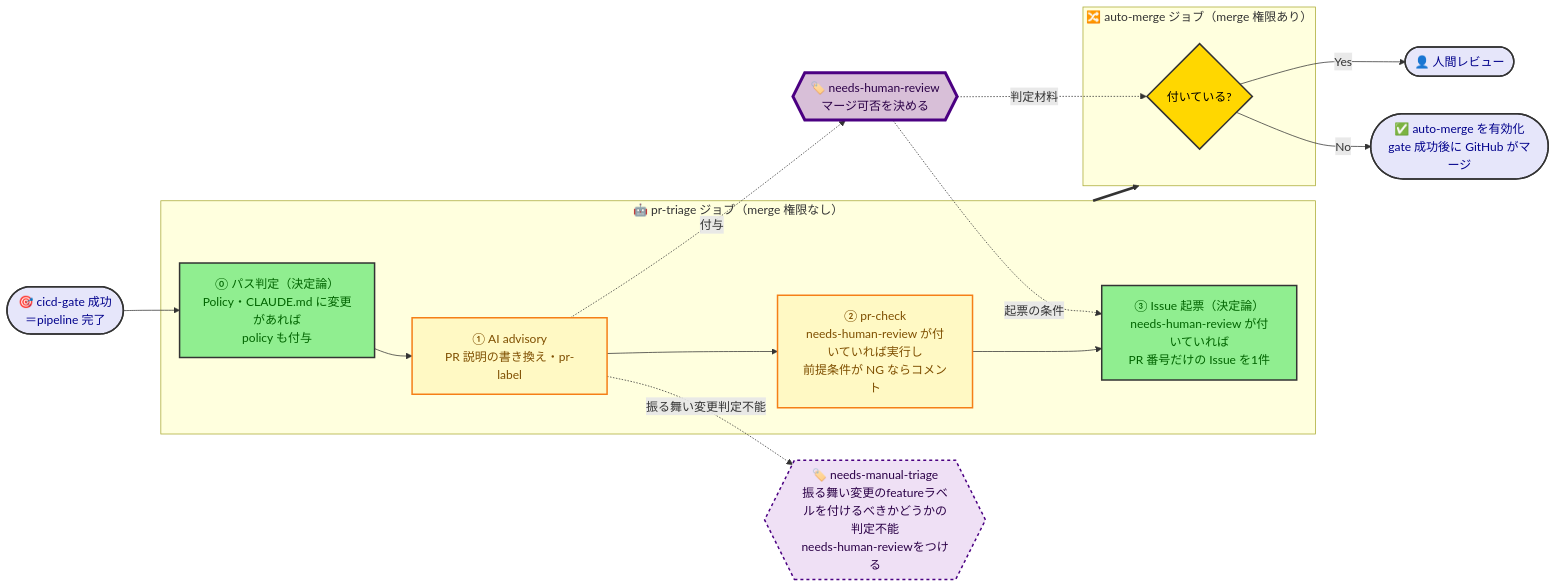
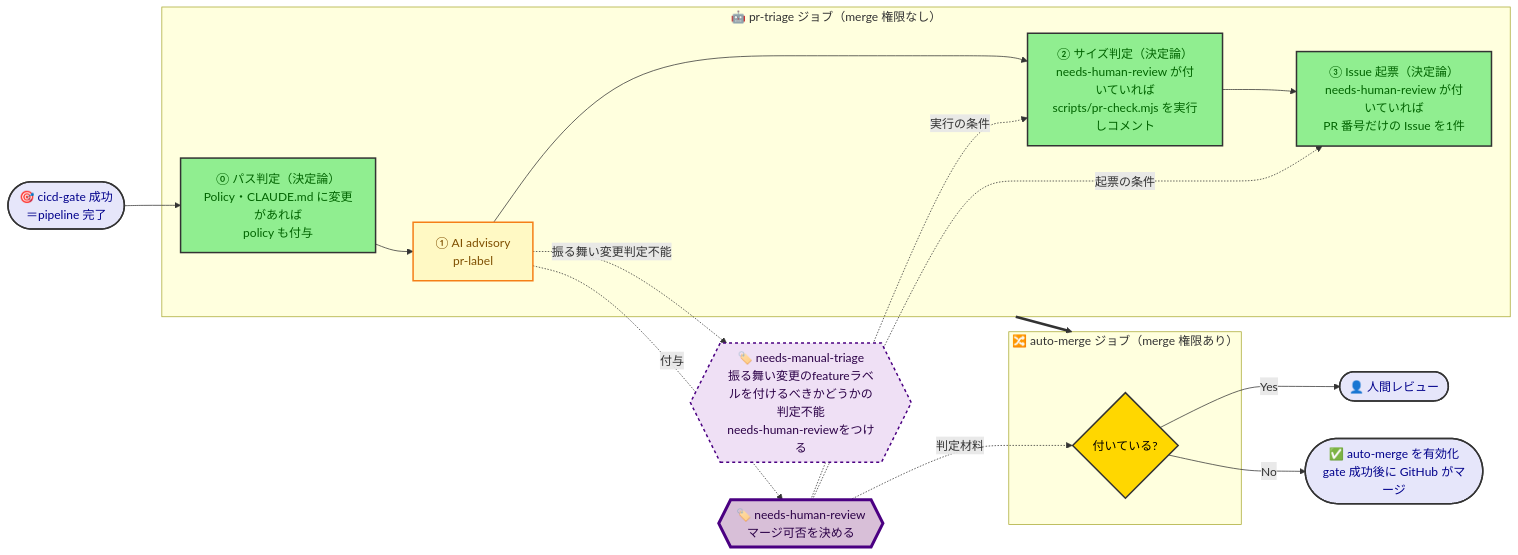
Before and after one commit to kasiopeiya/claude-dev-template: the second of 4 diagrams in samples/docs/design/cicd-design.md, drawn with Mermaid. The commit also changed other lines of this file, not shown here.

Commit message:
docs: cicd-design の pr-ai-triage 図をスクリプトでのサイズ判定に合わせる (#631)

````diff
--- a/samples/docs/design/cicd-design.md
+++ b/samples/docs/design/cicd-design.md
@@ -90,45 +87,46 @@
 ```mermaid
 flowchart LR
     Start([🎯 cicd-gate 成功<br/>＝pipeline 完了])
 
     subgraph Triage["🤖 pr-triage ジョブ（merge 権限なし）"]
         Det["⓪ パス判定（決定論）<br/>Policy・CLAUDE.md に変更があれば<br/>policy も付与"]
-        Ai["① AI advisory<br/>PR 説明の書き換え・pr-label"]
-        Chk["② pr-check<br/>needs-human-review が付いていれば実行し<br/>前提条件が NG ならコメント"]
+        Ai["① AI advisory<br/>pr-label"]
+        Chk["② サイズ判定（決定論）<br/>needs-human-review が付いていれば<br/>scripts/pr-check.mjs を実行しコメント"]
         Iss["③ Issue 起票（決定論）<br/>needs-human-review が付いていれば<br/>PR 番号だけの Issue を1件"]
         Det --> Ai --> Chk --> Iss
     end
 
     Label{{"🏷️ needs-human-review<br/>マージ可否を決める"}}
     Triage2{{"🏷️ needs-manual-triage<br/>振る舞い変更のfeatureラベルを付けるべきかどうかの判定不能<br/>needs-human-reviewをつける"}}
 
     subgraph AutoJob["🔀 auto-merge ジョブ（merge 権限あり）"]
         Judge{付いている?}
     end
 
     Human([👤 人間レビュー])
     Merged([✅ auto-merge を有効化<br/>gate 成功後に GitHub がマージ])
 
     Start --> Det
     Triage ==> AutoJob
     Ai -. 付与 .-> Label
     Ai -. 振る舞い変更判定不能 .-> Triage2
     Label -. 判定材料 .-> Judge
+    Label -. 実行の条件 .-> Chk
     Label -. 起票の条件 .-> Iss
     Judge -->|Yes| Human
     Judge -->|No| Merged
 
     classDef startEnd fill:#E6E6FA,stroke:#333,stroke-width:2px,color:darkblue
     classDef process fill:#90EE90,stroke:#333,stroke-width:2px,color:darkgreen
     classDef decision fill:#FFD700,stroke:#333,stroke-width:2px,color:black
     classDef advisory fill:#FFF9C4,stroke:#F57F17,stroke-width:2px,color:#7f4f00
     classDef state fill:#D8BFD8,stroke:#4B0082,stroke-width:4px,color:#2b0047
     classDef substate fill:#EFE0F5,stroke:#4B0082,stroke-width:2px,stroke-dasharray: 4 4,color:#2b0047
 
     class Start,Human,Merged startEnd
-    class Det,Iss process
-    class Ai,Chk advisory
+    class Det,Chk,Iss process
+    class Ai advisory
     class Judge decision
     class Label state
     class Triage2 substate
 ```
````
